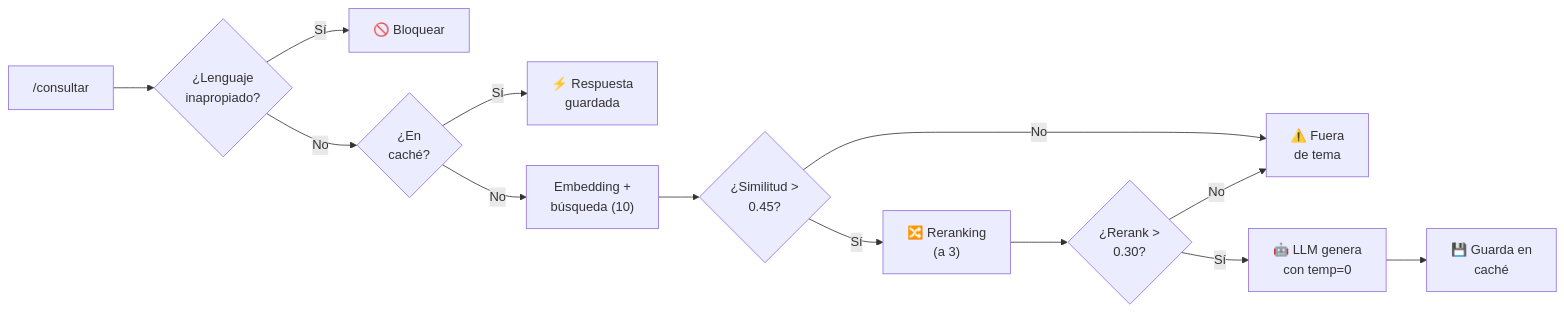
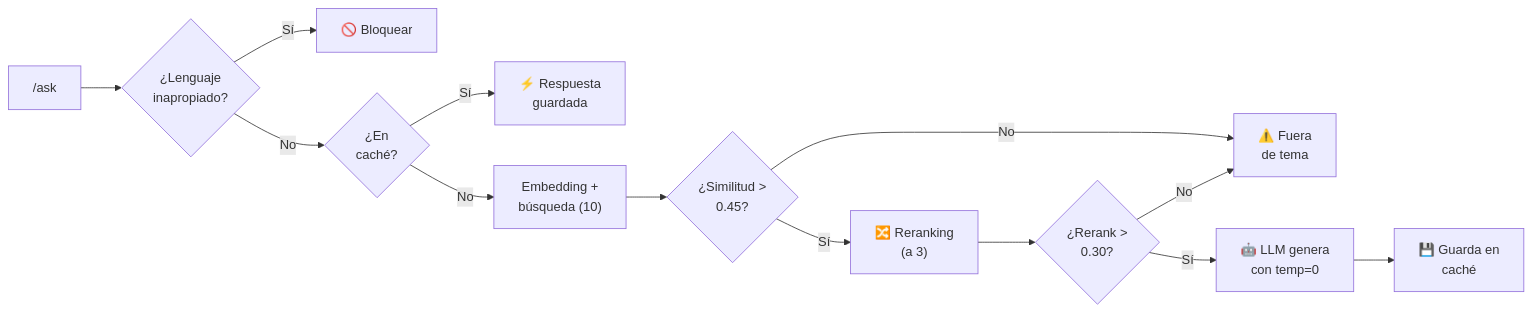
The diagram in README.md (cristian-herrera-qa-automation/Challenge-Final), drawn with Mermaid before and after one commit. The commit also changed other lines of this file and 5 other files, not shown here.

````diff
--- a/README.md
+++ b/README.md
@@ -188,15 +221,15 @@
 ```mermaid
 flowchart LR
-    A["/consultar"] --> B{"¿Lenguaje<br/>inapropiado?"}
+    A["/ask"] --> B{"¿Lenguaje<br/>inapropiado?"}
     B -->|Sí| C["🚫 Bloquear"]
     B -->|No| D{"¿En<br/>caché?"}
     D -->|Sí| E["⚡ Respuesta<br/>guardada"]
     D -->|No| F["Embedding +<br/>búsqueda (10)"]
     F --> G{"¿Similitud ><br/>0.45?"}
     G -->|No| H["⚠️ Fuera<br/>de tema"]
     G -->|Sí| I["🔀 Reranking<br/>(a 3)"]
     I --> J{"¿Rerank ><br/>0.30?"}
     J -->|No| H
     J -->|Sí| K["🤖 LLM genera<br/>con temp=0"]
     K --> L["💾 Guarda en<br/>caché"]
 ```
````
